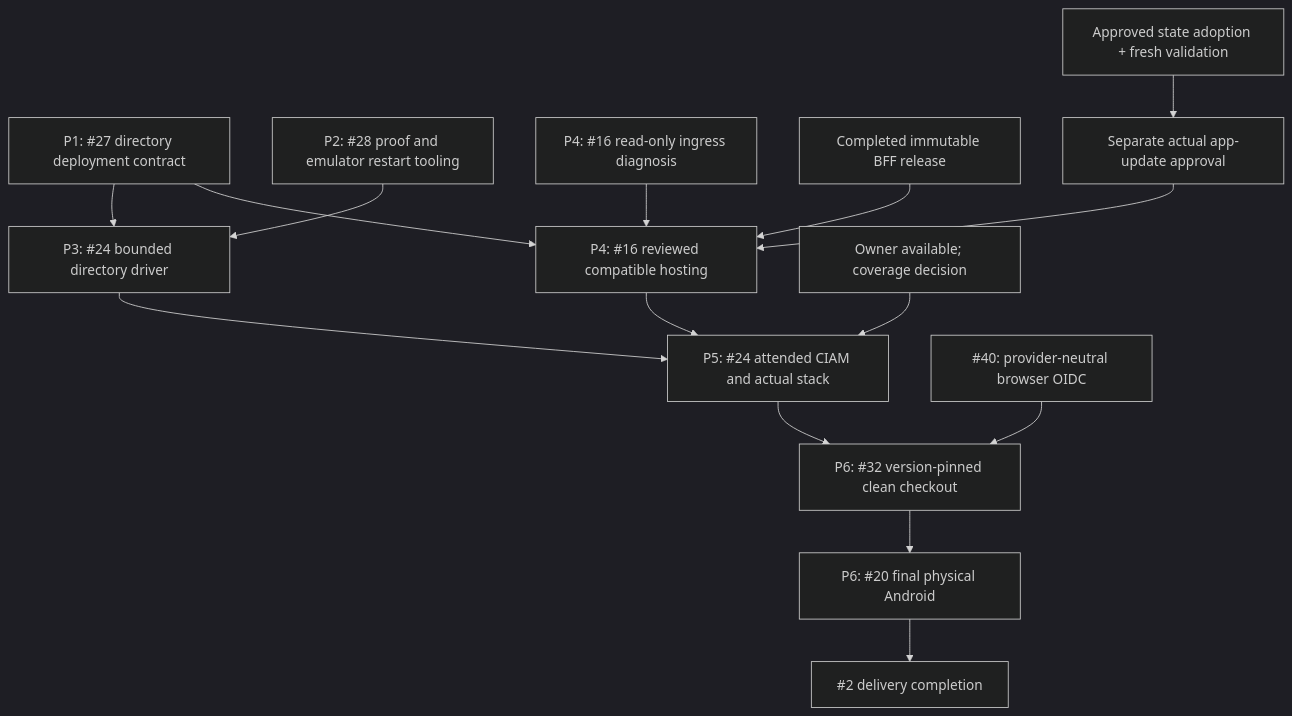
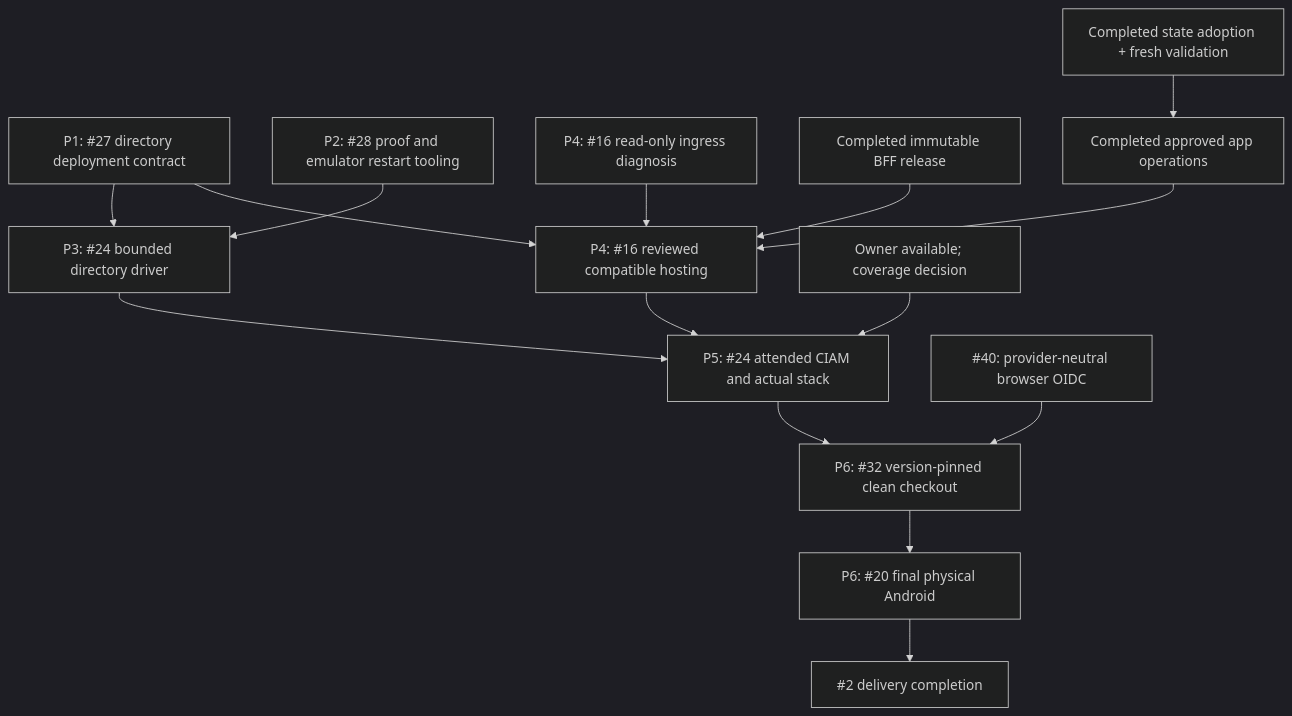
One commit to anaregdesign/cosmos-sync changed the diagram in .azure/deployment-plan.md. Above: the diagram before and after it, drawn with Mermaid (dark theme). The commit also changed other lines of this file and 2 other files, not shown here.

````diff
--- a/.azure/deployment-plan.md
+++ b/.azure/deployment-plan.md
@@ -352,17 +397,17 @@
 ```mermaid
 flowchart TD
     P1["P1: #27 directory deployment contract"] --> P3["P3: #24 bounded directory driver"]
     P2["P2: #28 proof and emulator restart tooling"] --> P3
     P1 --> Host["P4: #16 reviewed compatible hosting"]
     Diag["P4: #16 read-only ingress diagnosis"] --> Host
     Artifact["Completed immutable BFF release"] --> Host
-    State["Approved state adoption + fresh validation"] --> Apply["Separate actual app-update approval"]
+    State["Completed state adoption + fresh validation"] --> Apply["Completed approved app operations"]
     Apply --> Host
     Host --> Live["P5: #24 attended CIAM and actual stack"]
     P3 --> Live
     Owner["Owner available; coverage decision"] --> Live
     Live --> Clean["P6: #32 version-pinned clean checkout"]
     Browser["#40: provider-neutral browser OIDC"] --> Clean
     Clean --> Android["P6: #20 final physical Android"]
     Android --> Epic["#2 delivery completion"]
 ```
````
